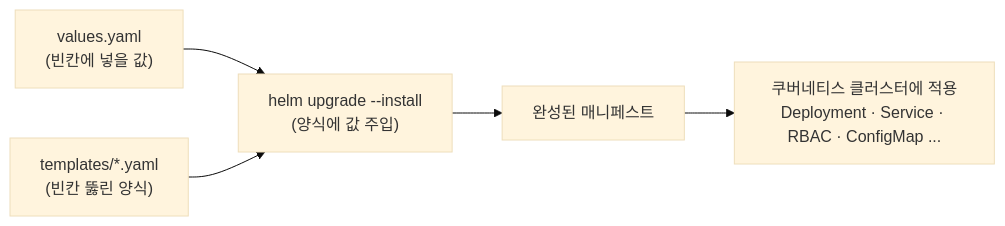
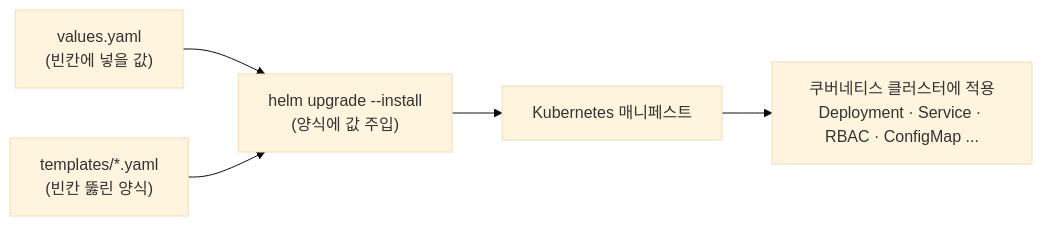
The diagram in md/infra/operations/Helm-차트-레퍼런스.md (CSID-DGU/admin_wiki), drawn with Mermaid (base theme) before and after one commit. The commit also changed other lines of this file and 8 other files, not shown here.

````diff
--- a/md/infra/operations/Helm-차트-레퍼런스.md
+++ b/md/infra/operations/Helm-차트-레퍼런스.md
@@ -18,7 +18,7 @@
 ```mermaid
 flowchart LR
     V["values.yaml<br/>(빈칸에 넣을 값)"] --> H["helm upgrade --install<br/>(양식에 값 주입)"]
     T["templates/*.yaml<br/>(빈칸 뚫린 양식)"] --> H
-    H --> M["완성된 매니페스트"]
+    H --> M["Kubernetes 매니페스트"]
     M --> K["쿠버네티스 클러스터에 적용<br/>Deployment · Service · RBAC · ConfigMap ..."]
 ```
````
